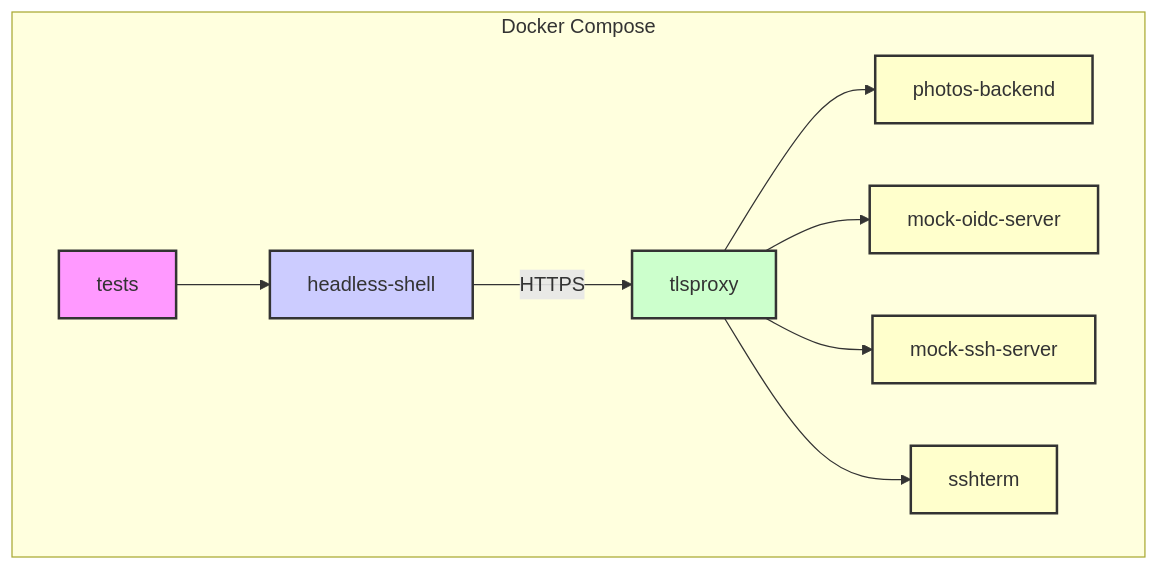
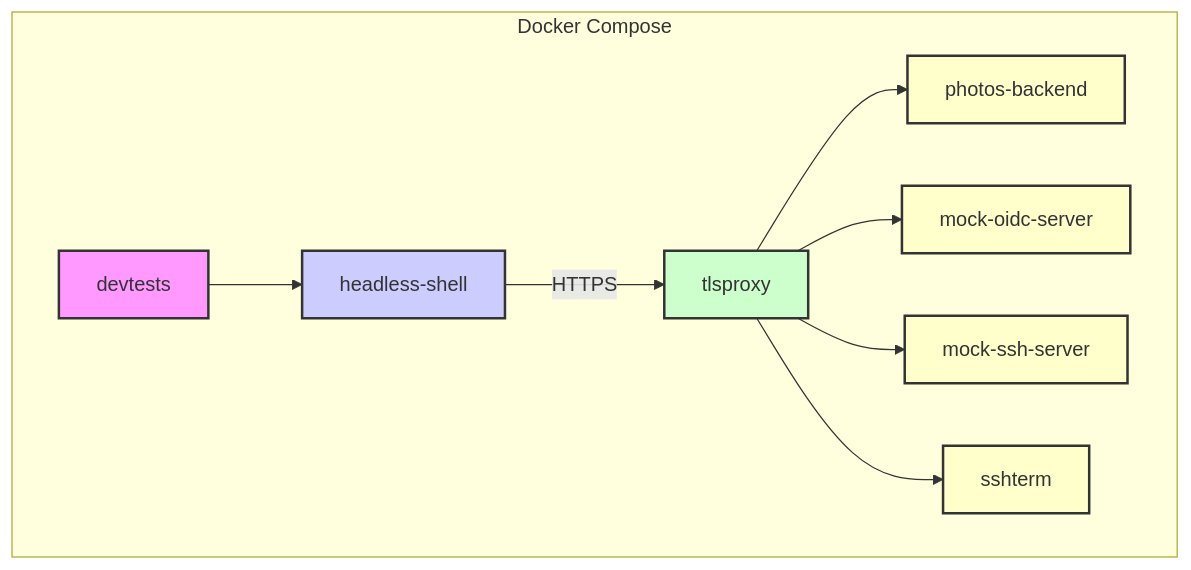
The diagram in README.md (c2FmZQ/integration-tests), drawn with Mermaid before and after one commit. The commit also changed other lines of this file and 10 other files, not shown here.

````diff
--- a/README.md
+++ b/README.md
@@ -9,19 +9,19 @@
 ```mermaid
 graph TD
     subgraph "Docker Compose"
-        A[tests] --> B[headless-shell];
+        A[devtests] --> B[headless-shell];
         B -->|HTTPS| C[tlsproxy];
         C --> D[photos-backend];
         C --> E[mock-oidc-server];
         C --> F[mock-ssh-server];
         C --> G[sshterm];
     end
 
     style A fill:#f9f,stroke:#333,stroke-width:2px
     style B fill:#ccf,stroke:#333,stroke-width:2px
     style C fill:#cfc,stroke:#333,stroke-width:2px
     style D fill:#ffc,stroke:#333,stroke-width:2px
     style E fill:#ffc,stroke:#333,stroke-width:2px
     style F fill:#ffc,stroke:#333,stroke-width:2px
     style G fill:#ffc,stroke:#333,stroke-width:2px
 ```
````
